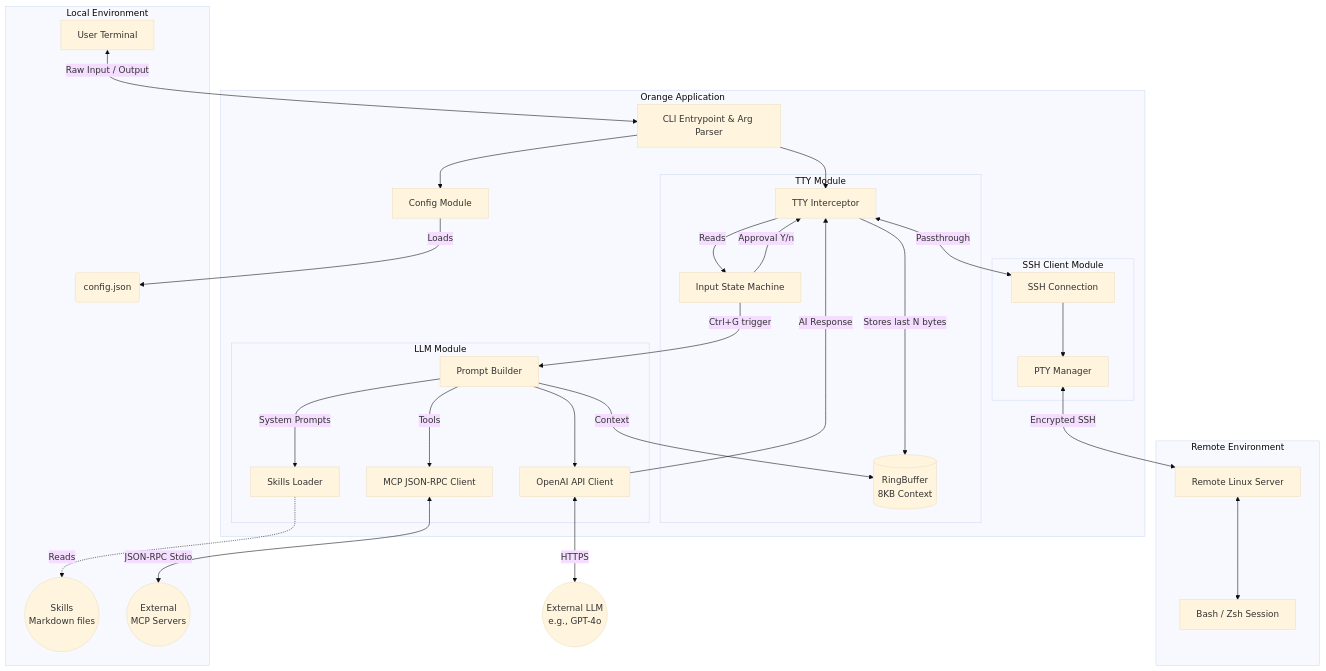
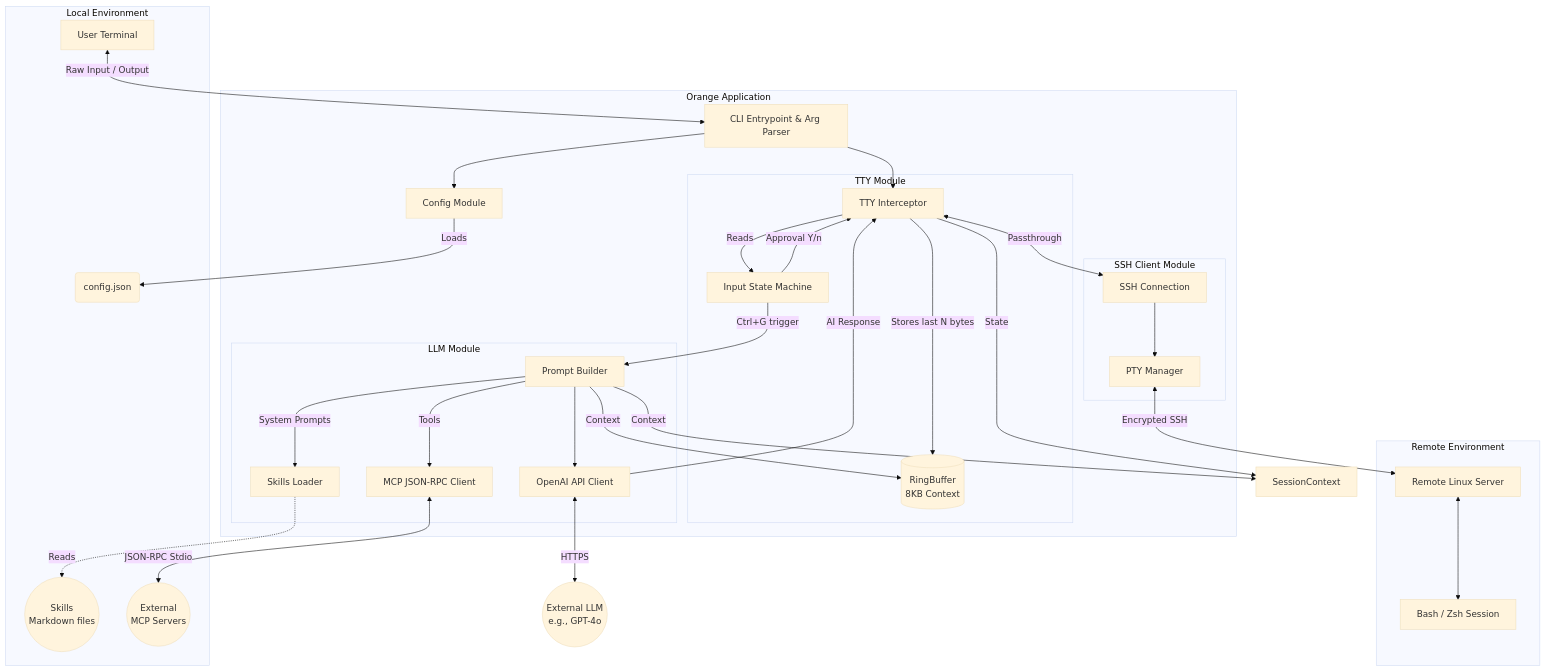
Before and after one commit to zxpbenson/orange: the first of 3 diagrams in doc/architecture.md, drawn with Mermaid (base theme). The commit also changed other lines of this file and 15 other files, not shown here.

````diff
--- a/doc/architecture.md
+++ b/doc/architecture.md
@@ -18,66 +19,68 @@
 ```mermaid
 graph TD
     subgraph Local Environment
         Terminal[User Terminal]
         Config(config.json)
         SkillsDir((Skills\nMarkdown files))
         MCPServers((External\nMCP Servers))
     end
 
     subgraph Orange Application
         CLI[CLI Entrypoint & Arg Parser]
         ConfigLoader[Config Module]
         
         subgraph TTY Module
             Interceptor[TTY Interceptor]
             RingBuffer[(RingBuffer\n8KB Context)]
             InputHandler[Input State Machine]
         end
 
         subgraph LLM Module
             PromptBuilder[Prompt Builder]
             HTTPClient[OpenAI API Client]
             SkillsLoader[Skills Loader]
             MCPClient[MCP JSON-RPC Client]
         end
 
         subgraph SSH Client Module
             SSHDialer[SSH Connection]
             PTYManager[PTY Manager]
         end
     end
 
     subgraph Remote Environment
         RemoteServer[Remote Linux Server]
         RemoteShell[Bash / Zsh Session]
     end
 
     %% Connections
     Terminal <-->|Raw Input / Output| CLI
     CLI --> ConfigLoader
     ConfigLoader -->|Loads| Config
     
     CLI --> Interceptor
     
     Interceptor -->|Reads| InputHandler
     InputHandler -->|Ctrl+G trigger| PromptBuilder
     Interceptor -->|Stores last N bytes| RingBuffer
+    Interceptor -->|State| SessionContext
     
     PromptBuilder -->|Context| RingBuffer
+    PromptBuilder -->|Context| SessionContext
     PromptBuilder -->|System Prompts| SkillsLoader
     SkillsLoader -.->|Reads| SkillsDir
     
     PromptBuilder -->|Tools| MCPClient
     MCPClient <-->|JSON-RPC Stdio| MCPServers
     
     PromptBuilder --> HTTPClient
     HTTPClient <-->|HTTPS| ExternalLLM((External LLM\ne.g., GPT-4o))
     
     HTTPClient -->|AI Response| Interceptor
     InputHandler -->|Approval Y/n| Interceptor
     
     Interceptor <-->|Passthrough| SSHDialer
     SSHDialer --> PTYManager
     PTYManager <-->|Encrypted SSH| RemoteServer
     RemoteServer <--> RemoteShell
 ```
````
